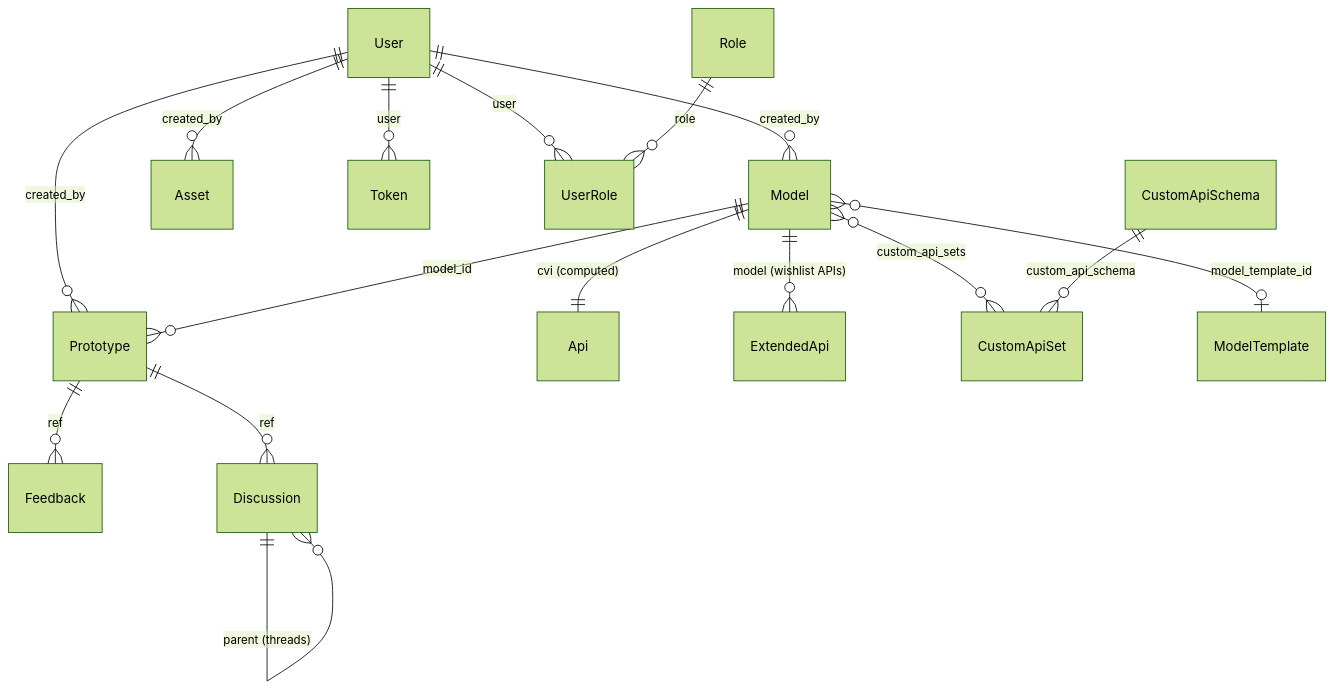
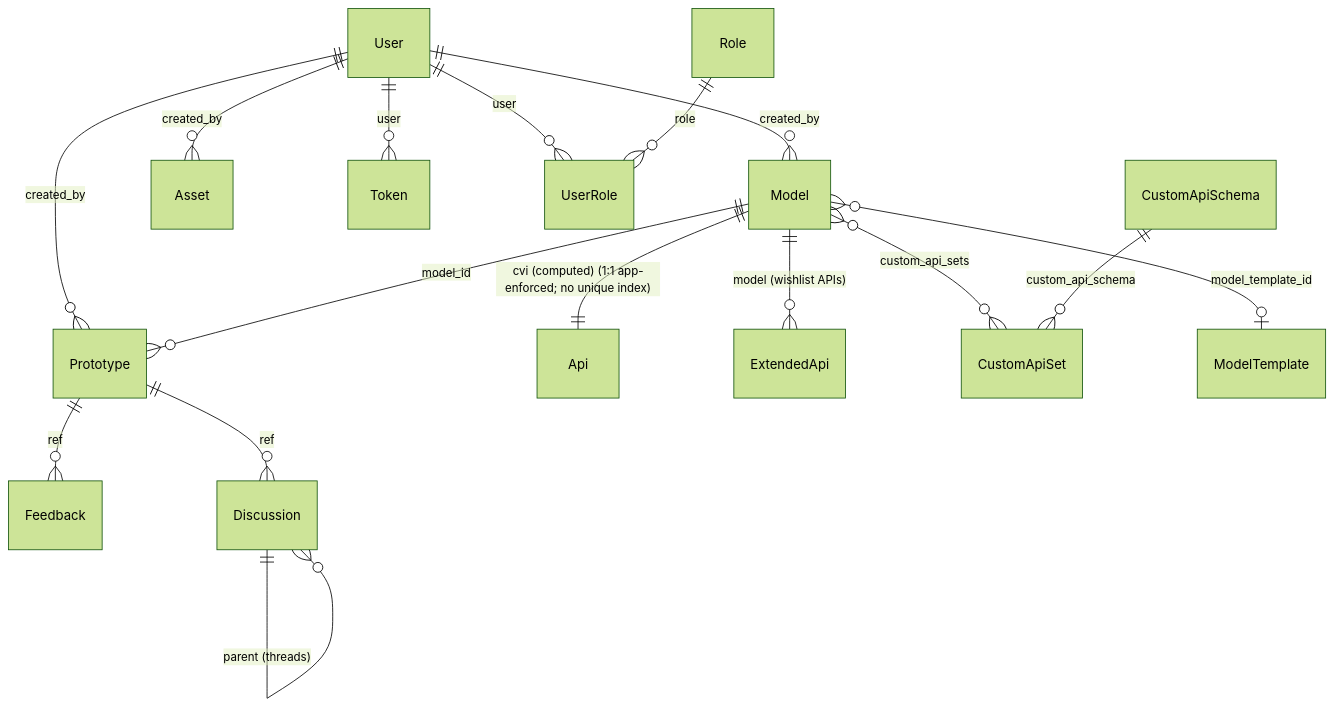
Before and after one commit to eclipse-autowrx/autowrx: the diagram in docs/architecture/data-model.md, drawn with Mermaid (forest theme). The commit also changed other lines of this file and 4 other files, not shown here.

First line of the commit message:
docs(architecture): align backend/frontend/data-model/auth/realtime with code

````diff
--- a/docs/architecture/data-model.md
+++ b/docs/architecture/data-model.md
@@ -36,18 +36,18 @@
 ```mermaid
 erDiagram
     User ||--o{ Model : "created_by"
     User ||--o{ Prototype : "created_by"
     User ||--o{ Asset : "created_by"
     User ||--o{ Token : "user"
     User ||--o{ UserRole : "user"
     Role ||--o{ UserRole : "role"
     Model ||--o{ Prototype : "model_id"
-    Model ||--|| Api : "cvi (computed)"
+    Model ||--|| Api : "cvi (computed) (1:1 app-enforced; no unique index)"
     Model ||--o{ ExtendedApi : "model (wishlist APIs)"
     Model }o--o{ CustomApiSet : "custom_api_sets"
     Model }o--o| ModelTemplate : "model_template_id"
     CustomApiSchema ||--o{ CustomApiSet : "custom_api_schema"
     Prototype ||--o{ Feedback : "ref"
     Prototype ||--o{ Discussion : "ref"
     Discussion ||--o{ Discussion : "parent (threads)"
 ```
````
